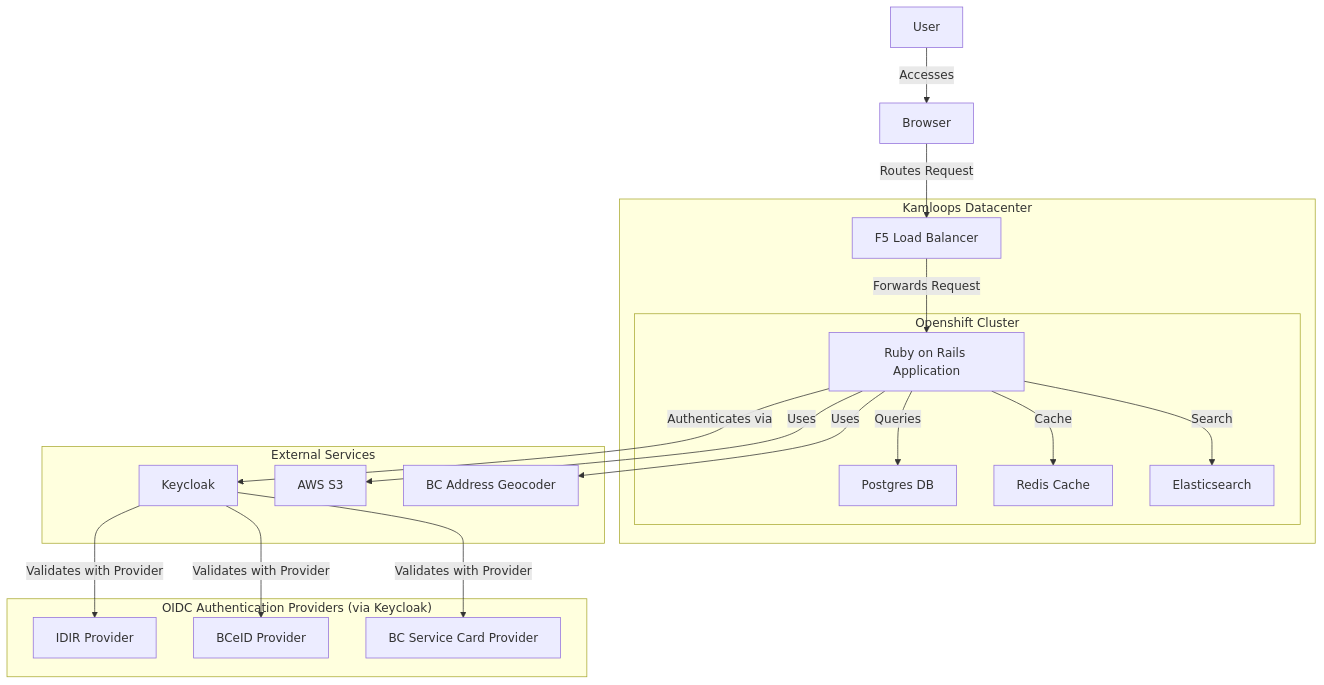
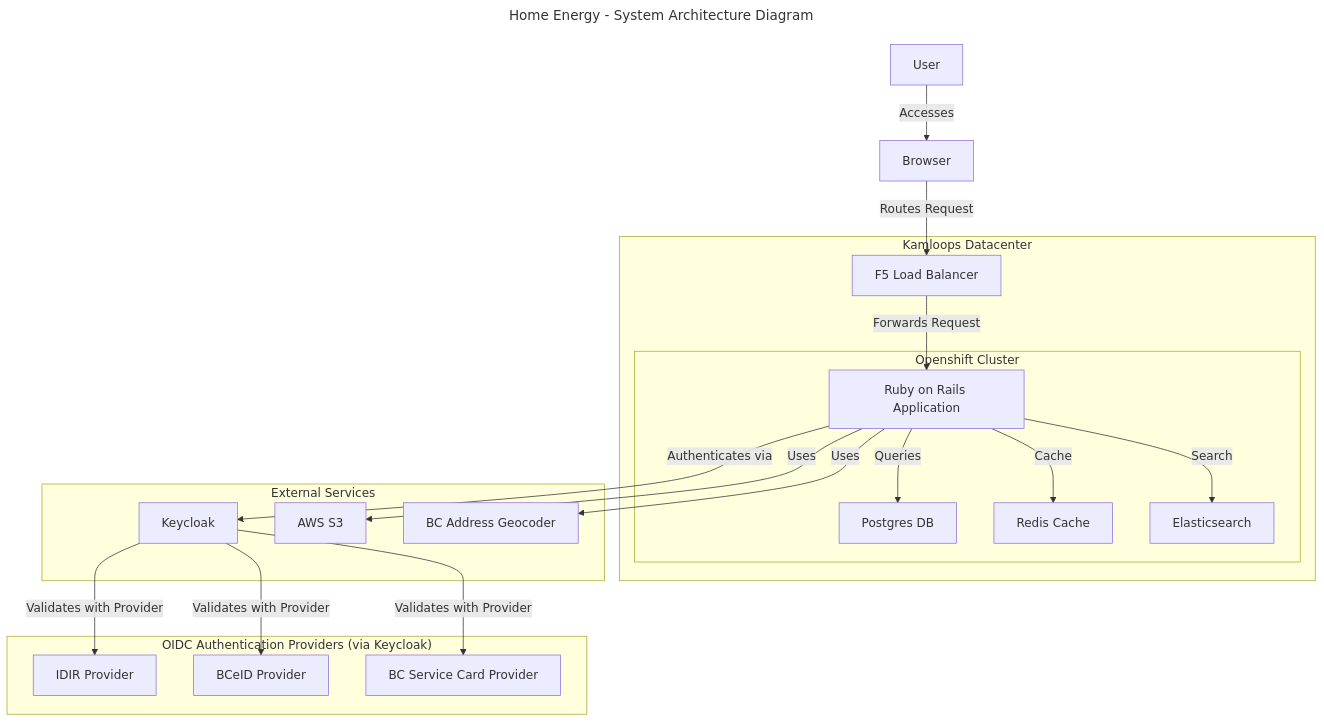
Before and after one commit to bcgov/bc-emli-application-sys: the diagram in docs/system-architecture-diagram.md, drawn with Mermaid.

Commit message:
chore: add title on system architecture diagram

````diff
--- a/docs/system-architecture-diagram.md
+++ b/docs/system-architecture-diagram.md
@@ -3,44 +3,48 @@
 ```mermaid
+---
+title: Home Energy - System Architecture Diagram
+---
+
 graph TD;
     %% Authentication Flow (Confidential OIDC via Keycloak)
     User[User] -->|Accesses| Browser[Browser]
     Browser -->|Routes Request| F5[F5 Load Balancer]
     F5 -->|Forwards Request| RailsApp[Ruby on Rails Application]
     RailsApp -->|Authenticates via| Keycloak[Keycloak]
     
     %% OIDC Providers (Proxied via Keycloak)
     subgraph "OIDC Authentication Providers (via Keycloak)"
         OIDC_IDIR[IDIR Provider]
         OIDC_BCeID[BCeID Provider]
         OIDC_BCSC[BC Service Card Provider]
     end
 
     Keycloak -->|Validates with Provider| OIDC_IDIR
     Keycloak -->|Validates with Provider| OIDC_BCeID
     Keycloak -->|Validates with Provider| OIDC_BCSC
 
     %% Kamloops Datacenter
     subgraph "Kamloops Datacenter"
         F5
         subgraph "Openshift Cluster"
             RailsApp
             Postgres[Postgres DB]
             Redis[Redis Cache]
             Elastic[Elasticsearch]
         end
     end
 
     %% External Services
     subgraph "External Services"
         AWS_S3[AWS S3]
         Geocoder[BC Address Geocoder]
         Keycloak
     end
 
     %% Data Flow
     RailsApp -->|Queries| Postgres
     RailsApp -->|Cache| Redis
     RailsApp -->|Search| Elastic
     RailsApp -->|Uses| AWS_S3
     RailsApp -->|Uses| Geocoder
 ```
````
